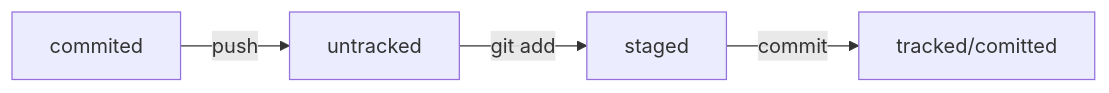
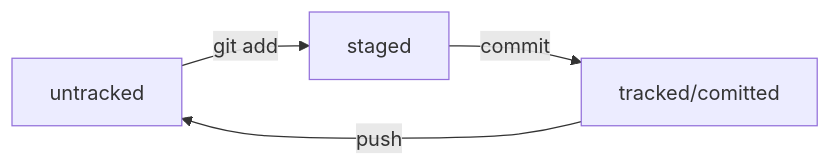
Before and after one commit to k1ndr001/Practice: the diagram in reamde.md, drawn with Mermaid.

Commit message:
Добавление в конспект информации о Статусах 2

````diff
--- a/reamde.md
+++ b/reamde.md
@@ -181,6 +181,6 @@
 ```mermaid
 graph LR;
   untracked -- "git add" --> staged;
   staged    -- "commit"     --> tracked/comitted;
-  commited    -- "push"     --> untracked;
+  tracked/comitted    -- "push"     --> untracked;
 ```
````
